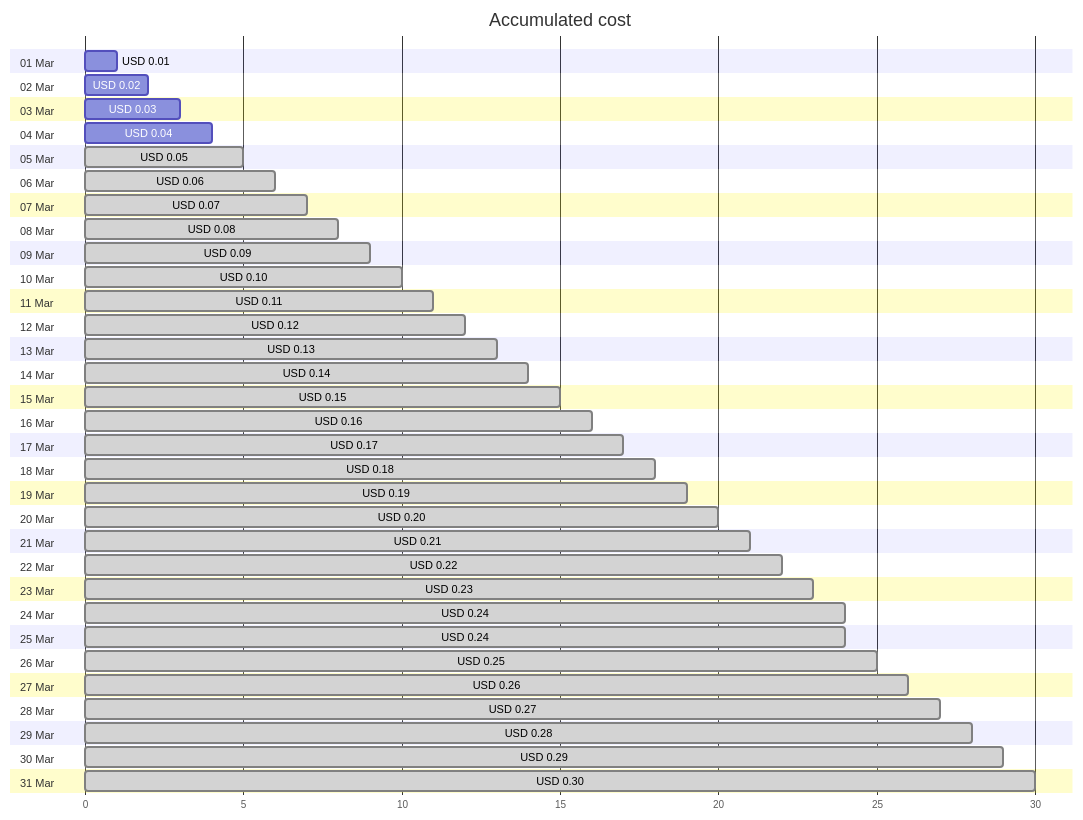
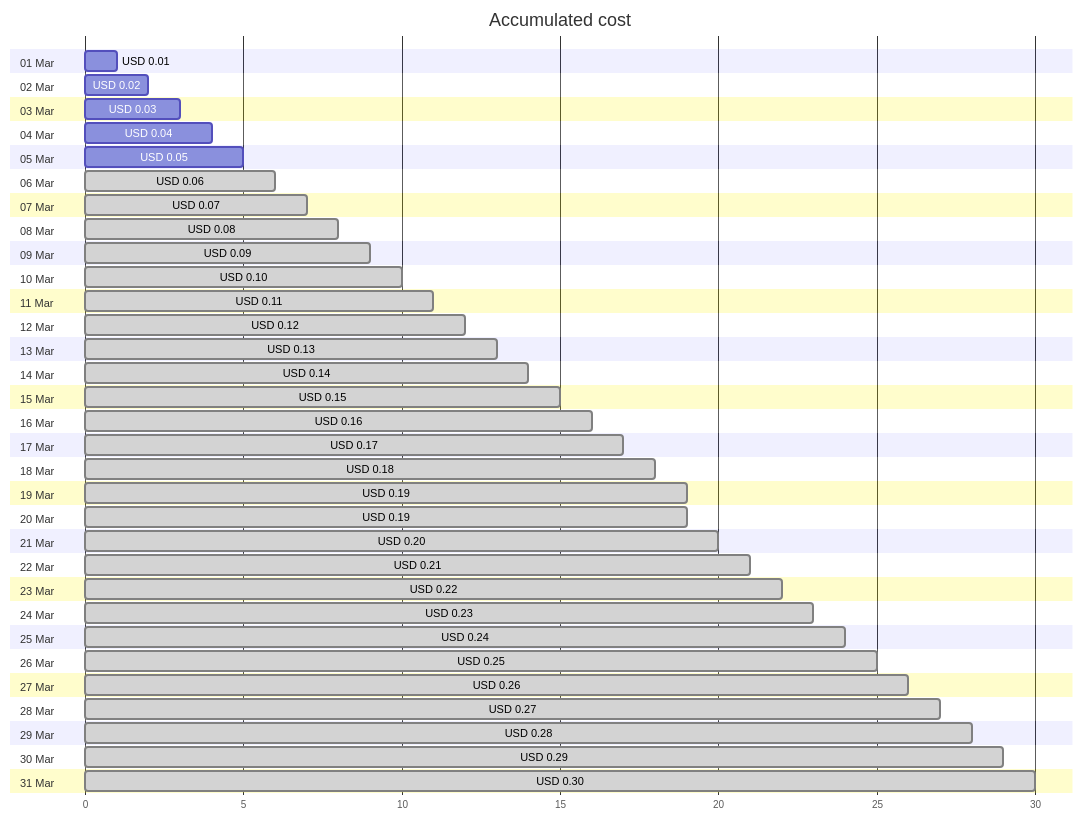
One commit to jpfulton/azure-personal-reports changed the first of 4 diagrams in cost-reports/cloud-shell-storage-eastus/cs2100300008c8d894b.md. Above: the diagram before and after it, drawn with Mermaid. The commit also changed other lines of this file and 1 other file, not shown here.

````diff
--- a/cost-reports/cloud-shell-storage-eastus/cs2100300008c8d894b.md
+++ b/cost-reports/cloud-shell-storage-eastus/cs2100300008c8d894b.md
@@ -20,68 +20,68 @@
 ```mermaid
 gantt
    title Accumulated cost
    dateFormat  X
    axisFormat %s
    section 01 Mar
    USD 0.01 :0, 1
    section 02 Mar
    USD 0.02 :0, 2
    section 03 Mar
    USD 0.03 :0, 3
    section 04 Mar
    USD 0.04 :0, 4
    section 05 Mar
-   USD 0.05 : done, 0, 5
+   USD 0.05 :0, 5
    section 06 Mar
    USD 0.06 : done, 0, 6
    section 07 Mar
    USD 0.07 : done, 0, 7
    section 08 Mar
    USD 0.08 : done, 0, 8
    section 09 Mar
    USD 0.09 : done, 0, 9
    section 10 Mar
    USD 0.10 : done, 0, 10
    section 11 Mar
    USD 0.11 : done, 0, 11
    section 12 Mar
    USD 0.12 : done, 0, 12
    section 13 Mar
    USD 0.13 : done, 0, 13
    section 14 Mar
    USD 0.14 : done, 0, 14
    section 15 Mar
    USD 0.15 : done, 0, 15
    section 16 Mar
    USD 0.16 : done, 0, 16
    section 17 Mar
    USD 0.17 : done, 0, 17
    section 18 Mar
    USD 0.18 : done, 0, 18
    section 19 Mar
    USD 0.19 : done, 0, 19
    section 20 Mar
+   USD 0.19 : done, 0, 19
+   section 21 Mar
    USD 0.20 : done, 0, 20
-   section 21 Mar
+   section 22 Mar
    USD 0.21 : done, 0, 21
-   section 22 Mar
+   section 23 Mar
    USD 0.22 : done, 0, 22
-   section 23 Mar
+   section 24 Mar
    USD 0.23 : done, 0, 23
-   section 24 Mar
-   USD 0.24 : done, 0, 24
    section 25 Mar
    USD 0.24 : done, 0, 24
    section 26 Mar
    USD 0.25 : done, 0, 25
    section 27 Mar
    USD 0.26 : done, 0, 26
    section 28 Mar
    USD 0.27 : done, 0, 27
    section 29 Mar
    USD 0.28 : done, 0, 28
    section 30 Mar
    USD 0.29 : done, 0, 29
    section 31 Mar
    USD 0.30 : done, 0, 30
 ```
````
